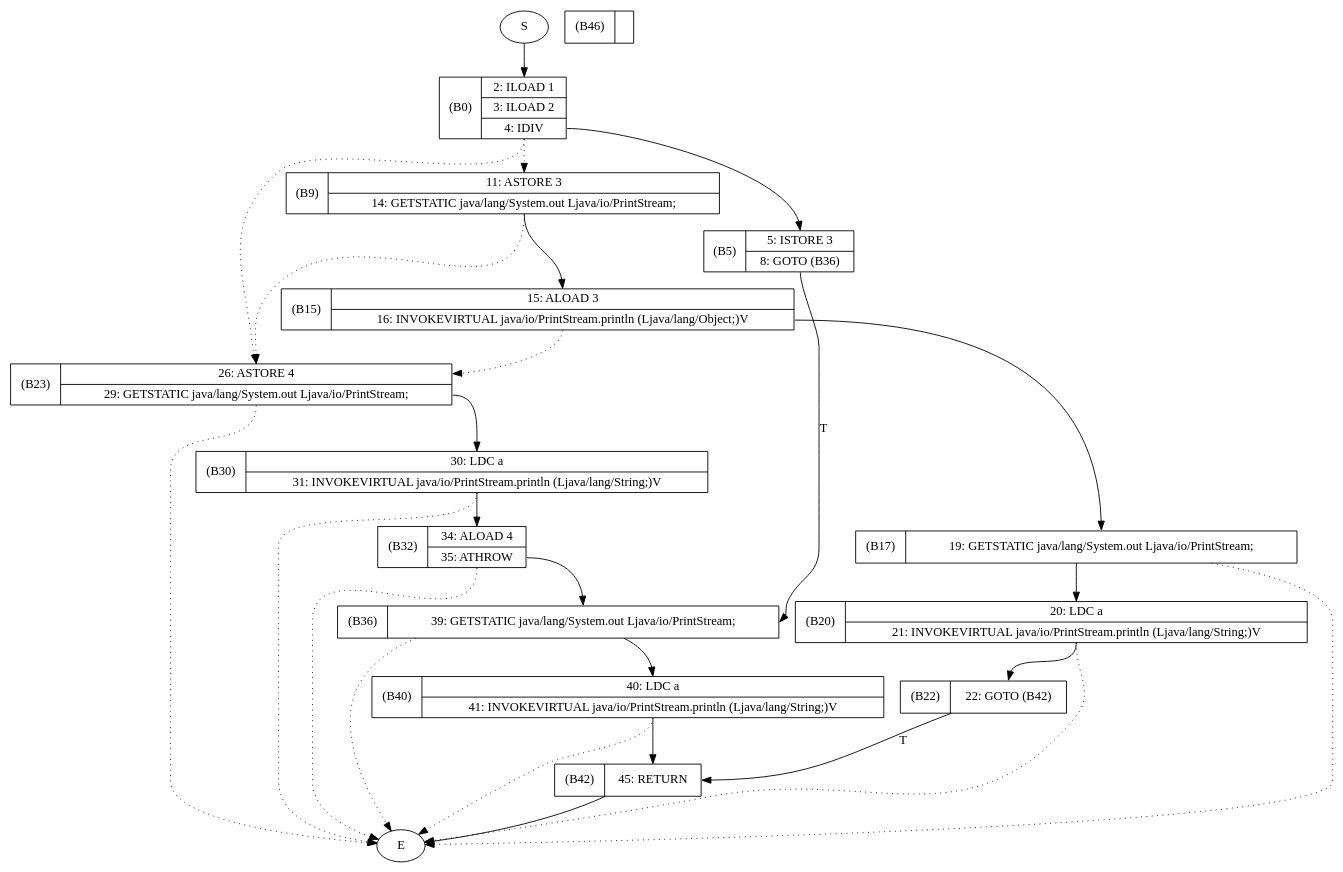
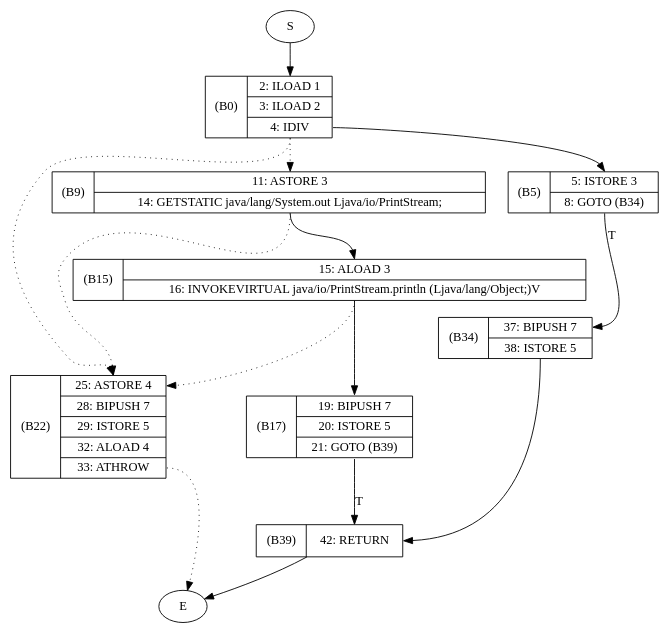
The diagram in ExampleClass_catchOne.gv (giacomo-dr/SpLab05), drawn with Graphviz before and after one commit. The commit also changed 6 other files, not shown here.

```diff
--- a/ExampleClass_catchOne.gv
+++ b/ExampleClass_catchOne.gv
@@ -1,111 +1,63 @@
 digraph ExampleClass_catchOne {
 	node [shape=record]
 	S [label="S", shape=ellipse]
 	S:<bottom> -> B0:<top> [label=""]
 
 	B0 [
 		label="\(B0\) | { <top> 2: ILOAD 1 |3: ILOAD 2 | <bottom> 4: IDIV  }"
 		]
 
-	B0:<bottom> -> B23:<top> [style=dotted]
+	B0:<bottom> -> B9:<top> [style=dotted]
+
+	B0:<bottom> -> B22:<top> [style=dotted]
 
 	B0:<bottom> -> B5:<top> [label=""]
 
-	B0:<bottom> -> B9:<top> [style=dotted]
-
-	B32 [
-		label="\(B32\) | { <top> 34: ALOAD 4 | <bottom> 35: ATHROW  }"
+	B17 [
+		label="\(B17\) | { <top> 19: BIPUSH 7 |20: ISTORE 5 | <bottom> 21: GOTO (B39) }"
 		]
 
-	B32:<bottom> -> B36:<top> [label=""]
+	B17:<bottom> -> B39:<top> [label="T"]
 
-	B32:<bottom> -> E:<top> [style=dotted]
-
-	B36 [
-		label="\(B36\) | { <top> 39: GETSTATIC java/lang/System.out Ljava/io/PrintStream; }"
+	B34 [
+		label="\(B34\) | { <top> 37: BIPUSH 7 | <bottom> 38: ISTORE 5 }"
 		]
 
-	B36:<bottom> -> E:<top> [style=dotted]
-
-	B36:<bottom> -> B40:<top> [label=""]
+	B34:<bottom> -> B39:<top> [label=""]
 
 	B5 [
-		label="\(B5\) | { <top> 5: ISTORE 3 | <bottom> 8: GOTO (B36) }"
+		label="\(B5\) | { <top> 5: ISTORE 3 | <bottom> 8: GOTO (B34) }"
 		]
 
-	B5:<bottom> -> B36:<top> [label="T"]
+	B5:<bottom> -> B34:<top> [label="T"]
 
-	B40 [
-		label="\(B40\) | { <top> 40: LDC a | <bottom> 41: INVOKEVIRTUAL java/io/PrintStream.println (Ljava/lang/String;)V }"
+	B22 [
+		label="\(B22\) | { <top> 25: ASTORE 4 |28: BIPUSH 7 |29: ISTORE 5 |32: ALOAD 4 | <bottom> 33: ATHROW  }"
 		]
 
-	B40:<bottom> -> B42:<top> [label=""]
+	B22:<bottom> -> E:<top> [style=dotted]
 
-	B40:<bottom> -> E:<top> [style=dotted]
+	B39 [
+		label="\(B39\) | { <top> 42: RETURN  }"
+		]
+
+	B39:<bottom> -> E:<top> [label=""]
 
 	B9 [
 		label="\(B9\) | { <top> 11: ASTORE 3 | <bottom> 14: GETSTATIC java/lang/System.out Ljava/io/PrintStream; }"
 		]
 
-	B9:<bottom> -> B23:<top> [style=dotted]
+	B9:<bottom> -> B22:<top> [style=dotted]
 
 	B9:<bottom> -> B15:<top> [label=""]
-
-	B42 [
-		label="\(B42\) | { <top> 45: RETURN  }"
-		]
-
-	B42:<bottom> -> E:<top> [label=""]
-
-	B46 [
-		label="\(B46\) | { <top>  }"
-		]
 
 	E [label="E", shape=ellipse]
 	B15 [
 		label="\(B15\) | { <top> 15: ALOAD 3 | <bottom> 16: INVOKEVIRTUAL java/io/PrintStream.println (Ljava/lang/Object;)V }"
 		]
 
-	B15:<bottom> -> B23:<top> [style=dotted]
+	B15:<bottom> -> B22:<top> [style=dotted]
 
 	B15:<bottom> -> B17:<top> [label=""]
 
-	B17 [
-		label="\(B17\) | { <top> 19: GETSTATIC java/lang/System.out Ljava/io/PrintStream; }"
-		]
-
-	B17:<bottom> -> E:<top> [style=dotted]
-
-	B17:<bottom> -> B20:<top> [label=""]
-
-	B20 [
-		label="\(B20\) | { <top> 20: LDC a | <bottom> 21: INVOKEVIRTUAL java/io/PrintStream.println (Ljava/lang/String;)V }"
-		]
-
-	B20:<bottom> -> B22:<top> [label=""]
-
-	B20:<bottom> -> E:<top> [style=dotted]
-
-	B22 [
-		label="\(B22\) | { <top> 22: GOTO (B42) }"
-		]
-
-	B22:<bottom> -> B42:<top> [label="T"]
-
-	B23 [
-		label="\(B23\) | { <top> 26: ASTORE 4 | <bottom> 29: GETSTATIC java/lang/System.out Ljava/io/PrintStream; }"
-		]
-
-	B23:<bottom> -> B30:<top> [label=""]
-
-	B23:<bottom> -> E:<top> [style=dotted]
-
-	B30 [
-		label="\(B30\) | { <top> 30: LDC a | <bottom> 31: INVOKEVIRTUAL java/io/PrintStream.println (Ljava/lang/String;)V }"
-		]
-
-	B30:<bottom> -> E:<top> [style=dotted]
-
-	B30:<bottom> -> B32:<top> [label=""]
-
 }
```
